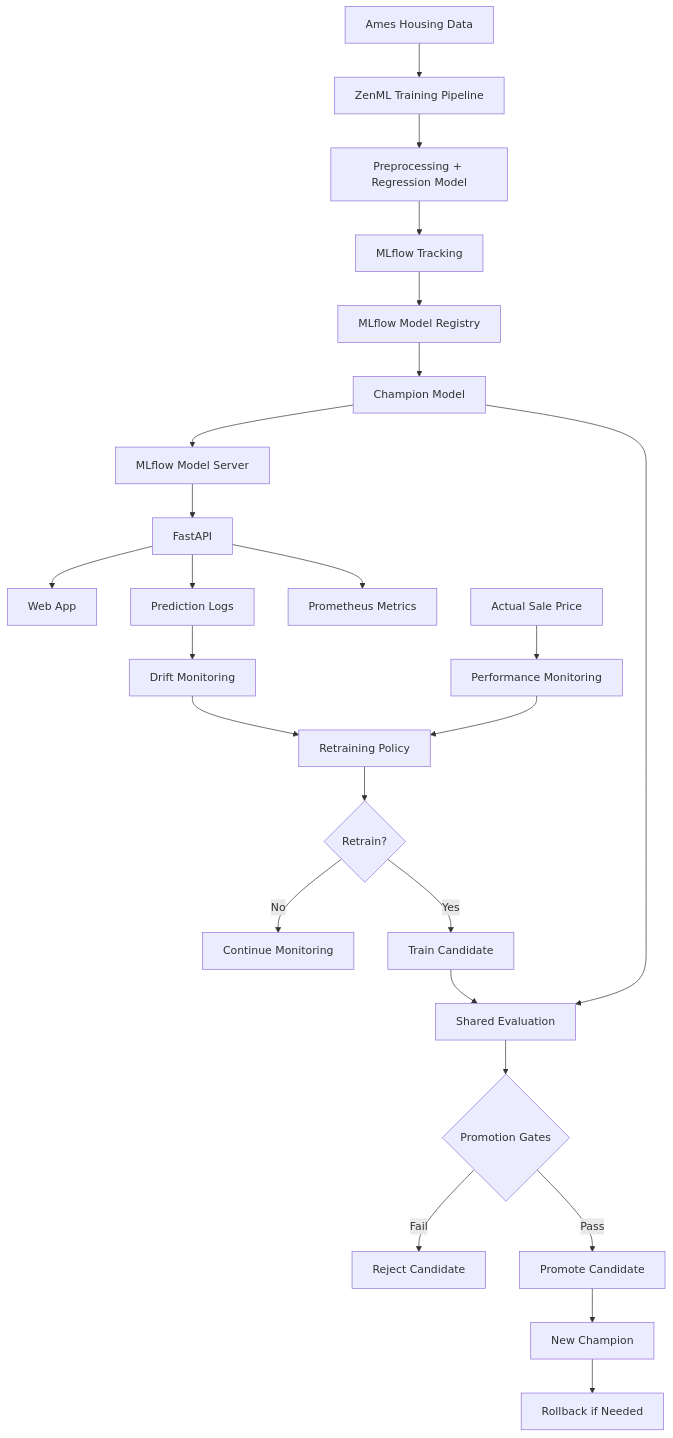
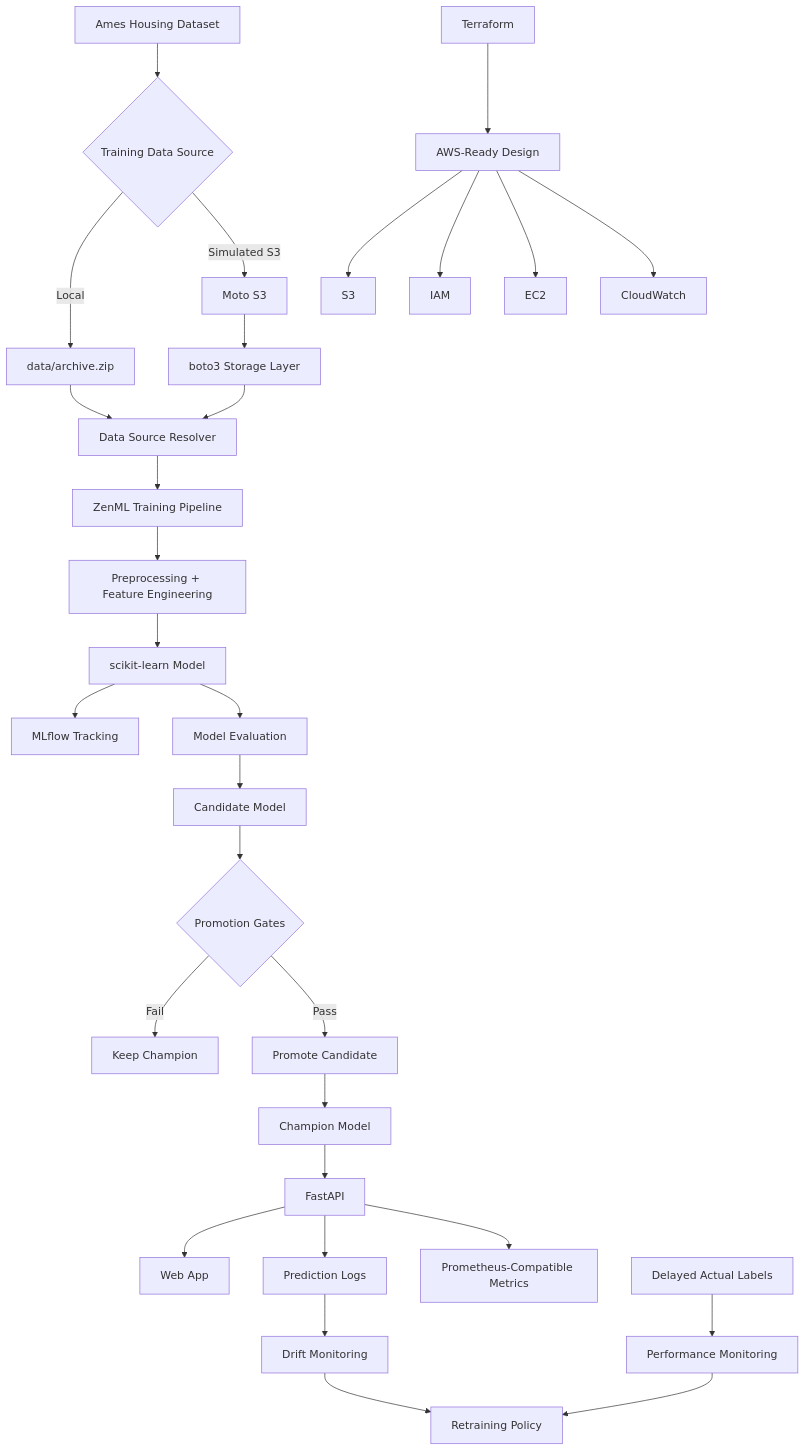
Before and after one commit to htoor2026/End-To-End-ML-AWS-Simulated: the diagram in README.md, drawn with Mermaid. The commit also changed other lines of this file, not shown here.

Commit message:
Document AWS-ready local MLOps architecture

````diff
--- a/README.md
+++ b/README.md
@@ -30,33 +57,41 @@
 ```mermaid
 flowchart TD
-    A[Ames Housing Data] --> B[ZenML Training Pipeline]
-    B --> C[Preprocessing + Regression Model]
-    C --> D[MLflow Tracking]
-    D --> E[MLflow Model Registry]
-    E --> F[Champion Model]
-    F --> G[MLflow Model Server]
-    G --> H[FastAPI]
-    H --> I[Web App]
-    H --> J[Prediction Logs]
-    H --> K[Prometheus Metrics]
+    A[Ames Housing Dataset] --> B{Training Data Source}
 
-    J --> L[Drift Monitoring]
-    M[Actual Sale Price] --> N[Performance Monitoring]
+    B -->|Local| C[data/archive.zip]
+    B -->|Simulated S3| D[Moto S3]
 
-    L --> O[Retraining Policy]
-    N --> O
+    D --> E[boto3 Storage Layer]
+    C --> F[Data Source Resolver]
+    E --> F
 
-    O --> P{Retrain?}
-    P -- No --> Q[Continue Monitoring]
-    P -- Yes --> R[Train Candidate]
+    F --> G[ZenML Training Pipeline]
+    G --> H[Preprocessing + Feature Engineering]
+    H --> I[scikit-learn Model]
 
-    R --> S[Shared Evaluation]
-    F --> S
+    I --> J[MLflow Tracking]
+    I --> K[Model Evaluation]
 
-    S --> T{Promotion Gates}
-    T -- Fail --> U[Reject Candidate]
-    T -- Pass --> V[Promote Candidate]
+    K --> L[Candidate Model]
+    L --> M{Promotion Gates}
+    M -->|Fail| N[Keep Champion]
+    M -->|Pass| O[Promote Candidate]
 
-    V --> W[New Champion]
-    W --> X[Rollback if Needed]
+    O --> P[Champion Model]
+    P --> Q[FastAPI]
+    Q --> R[Web App]
+    Q --> S[Prediction Logs]
+    Q --> T[Prometheus-Compatible Metrics]
+
+    S --> U[Drift Monitoring]
+    V[Delayed Actual Labels] --> W[Performance Monitoring]
+
+    U --> X[Retraining Policy]
+    W --> X
+
+    Y[Terraform] --> Z[AWS-Ready Design]
+    Z --> ZA[S3]
+    Z --> ZB[IAM]
+    Z --> ZC[EC2]
+    Z --> ZD[CloudWatch]
 ```
````
